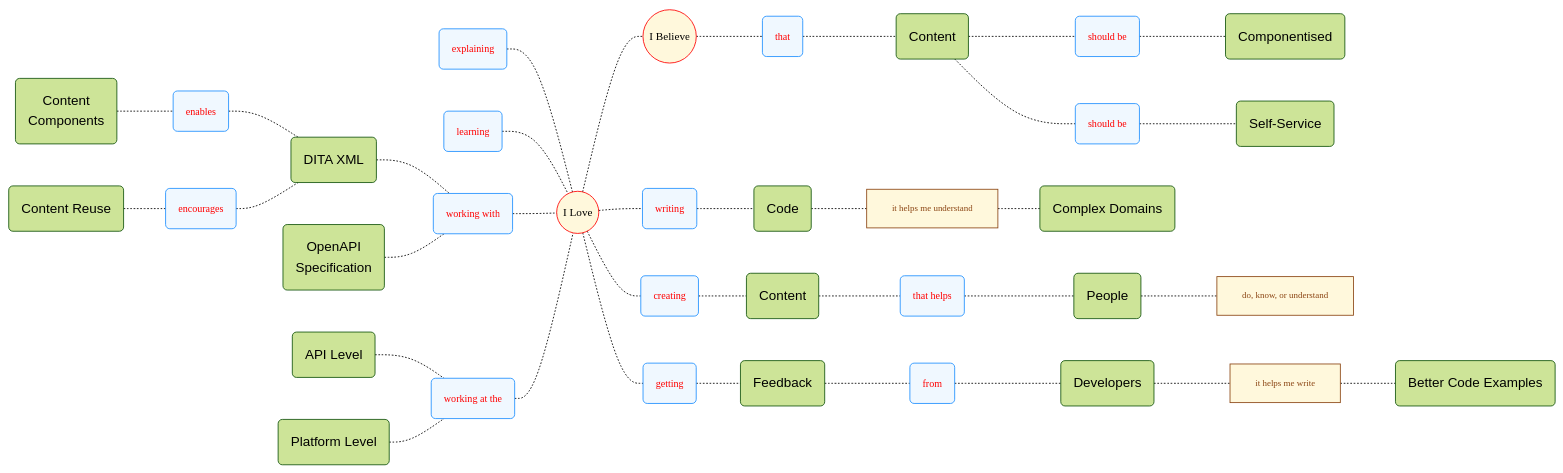
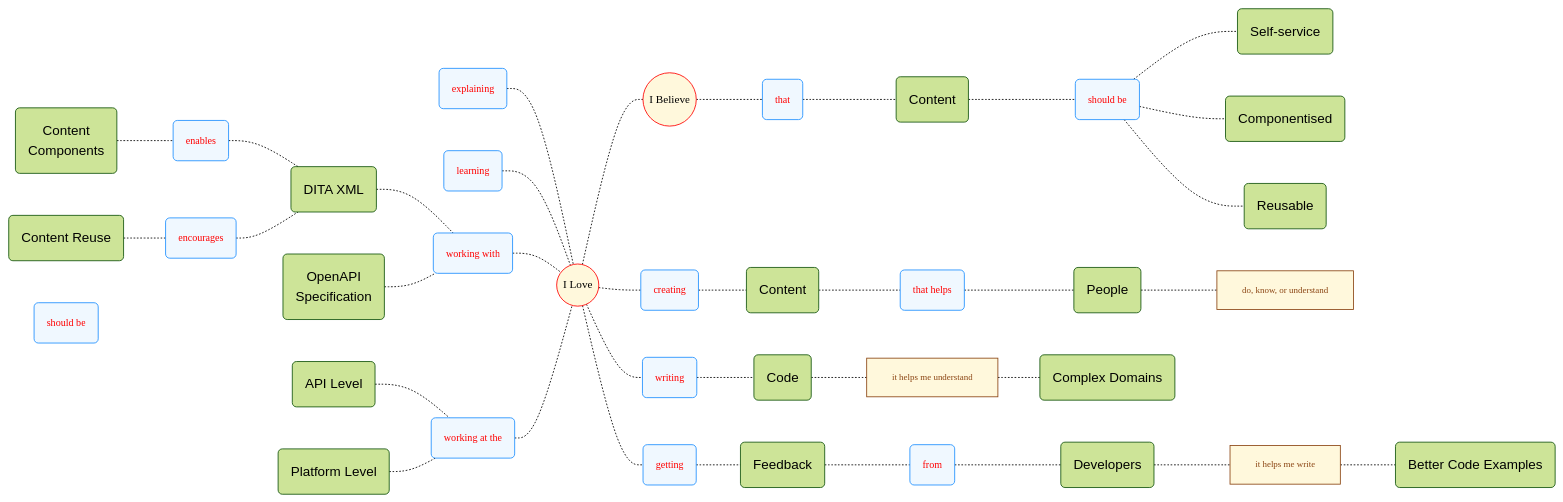
Before and after one commit to joe-dorward/samples: the diagram in my_mindmap.md, drawn with Mermaid.

````diff
--- a/my_mindmap.md
+++ b/my_mindmap.md
@@ -15,7 +15,10 @@
 CODE("Code")
 DITA_XML("DITA XML")
 BETTER_CODE_EXAMPLES("Better Code Examples")
+
+SELF_SERVICE("Self-service")
 COMPONENTISED("Componentised")
+REUSABLE("Reusable")
 
 CONTENT("Content")
 CONTENT_2("Content")
@@ -26,7 +29,7 @@
 FEEDBACK("Feedback")
 OPEN_API_SPECIFICATION("OpenAPI<br/>Specification")
 PEOPLE("People")
-SELF_SERVICE("Self-Service")
+
 
 PLATFORM_LEVEL("Platform Level")
 API_LEVEL("API Level")
@@ -93,6 +96,10 @@
 I_LOVE-.-GETTING-.-FEEDBACK-.-FROM-.-DEVELOPERS-.-HELPS_ME_WRITE-.-BETTER_CODE_EXAMPLES
 
 I_LOVE-.-I_BELIEVE
+
 I_BELIEVE-.-THAT-.-CONTENT_2-.-SHOULD_BE-.-SELF_SERVICE
-CONTENT_2-.-SHOULD_BE_2-.-COMPONENTISED
+SHOULD_BE-.-COMPONENTISED
+SHOULD_BE-.-REUSABLE
+
+
 ```
````
